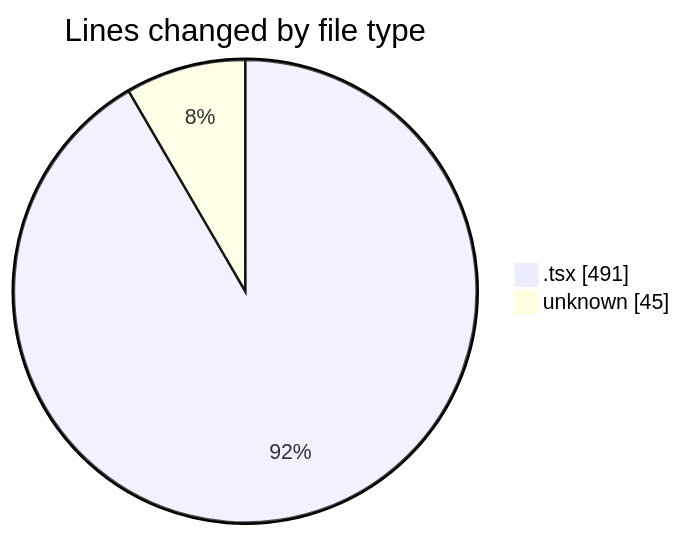
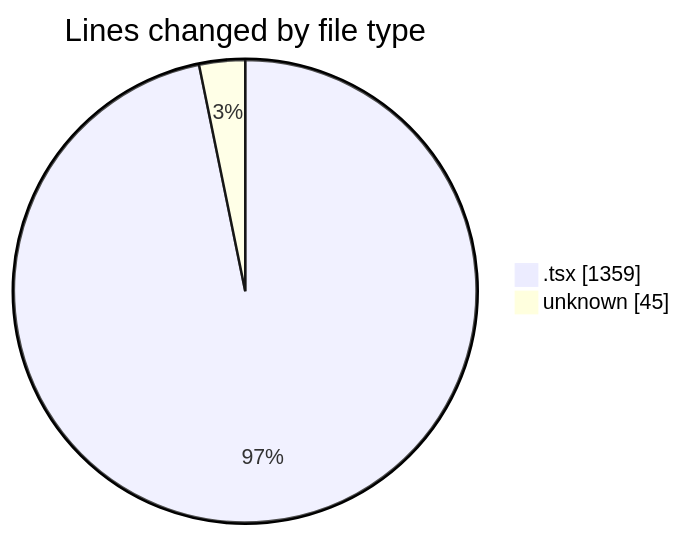
Before and after one commit to momahboobian/code-tracking: the first of 2 diagrams in 2025-09-01/cda/README.md, drawn with Mermaid. The commit also changed other lines of this file and 1 other file, not shown here.

````diff
--- a/2025-09-01/cda/README.md
+++ b/2025-09-01/cda/README.md
@@ -22,6 +24,6 @@
 ```mermaid
 pie showData
 title Lines changed by file type
-".tsx" : 491
+".tsx" : 1359
 "unknown" : 45
 ```
````
